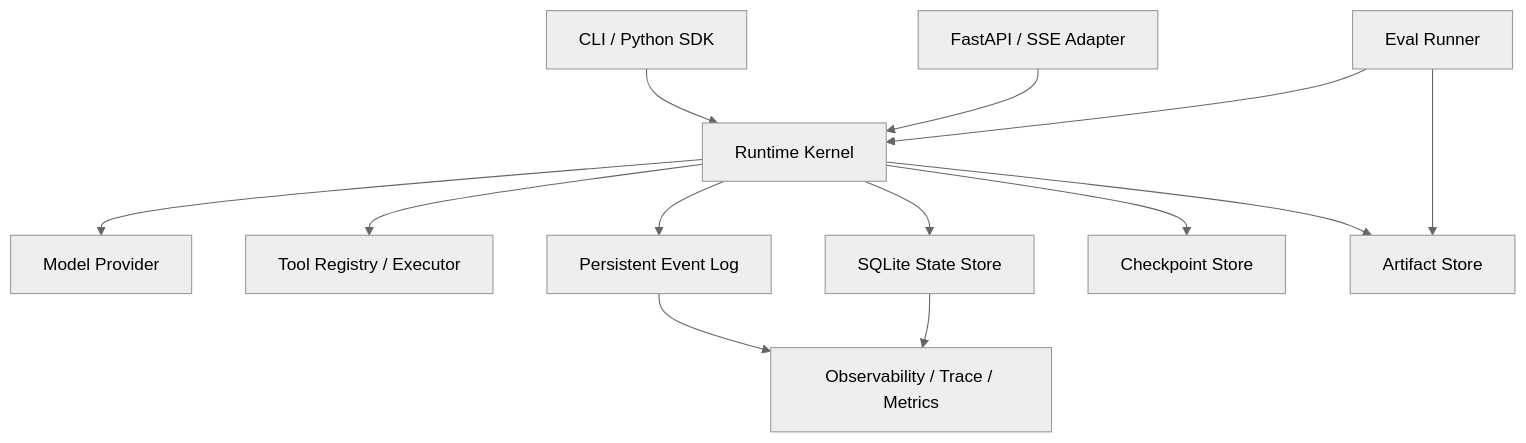
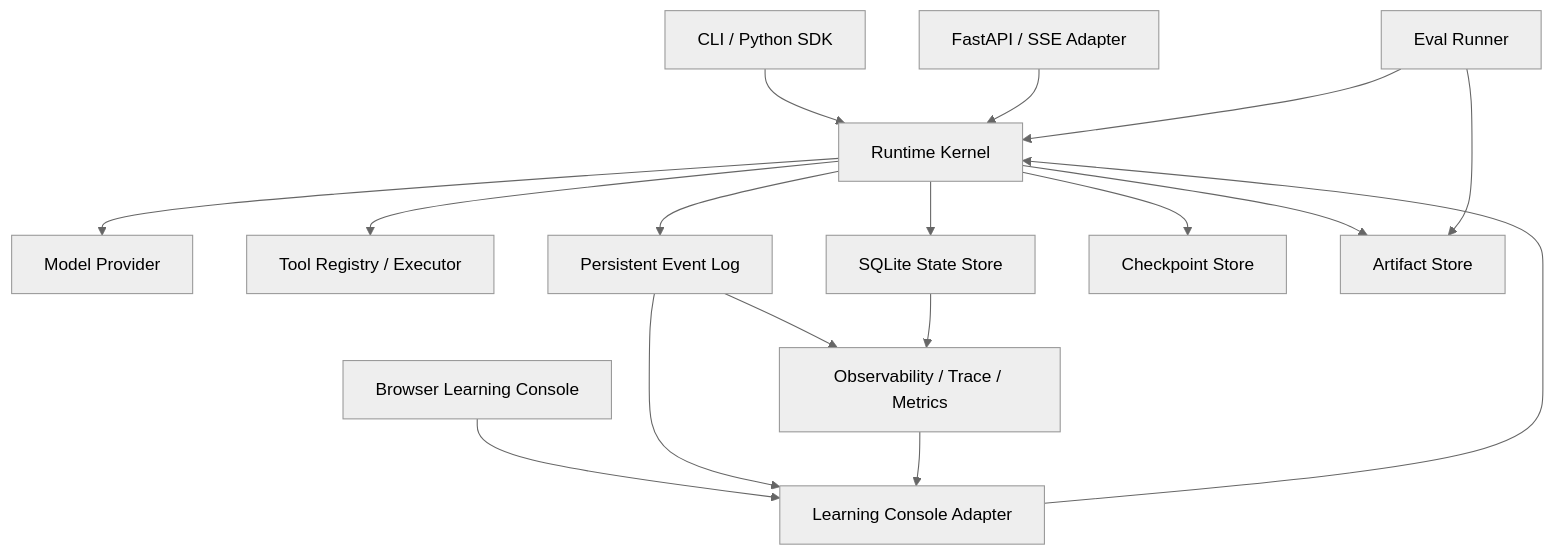
The first of 2 diagrams in docs/ARCHITECTURE.md (fantoagi/agent-runtime), drawn with Mermaid (neutral theme) before and after one commit. The commit also changed other lines of this file and 24 other files, not shown here.

Commit message:
feat: add learning console v0.5.1

````diff
--- a/docs/ARCHITECTURE.md
+++ b/docs/ARCHITECTURE.md
@@ -15,27 +15,33 @@
 ```mermaid
 flowchart TD
     CLI["CLI / Python SDK"]
     API["FastAPI / SSE Adapter"]
+    Lab["Browser Learning Console"]
+    LabAdapter["Learning Console Adapter"]
     Runtime["Runtime Kernel"]
     Model["Model Provider"]
     Tools["Tool Registry / Executor"]
     State["SQLite State Store"]
     Events["Persistent Event Log"]
     Checkpoints["Checkpoint Store"]
     Artifacts["Artifact Store"]
     Observe["Observability / Trace / Metrics"]
     Evals["Eval Runner"]
 
     CLI --> Runtime
     API --> Runtime
+    Lab --> LabAdapter
+    LabAdapter --> Runtime
     Runtime --> Model
     Runtime --> Tools
     Runtime --> State
     Runtime --> Events
     Runtime --> Checkpoints
     Runtime --> Artifacts
     Events --> Observe
     State --> Observe
+    Events --> LabAdapter
+    Observe --> LabAdapter
     Evals --> Runtime
     Evals --> Artifacts
 ```
````
